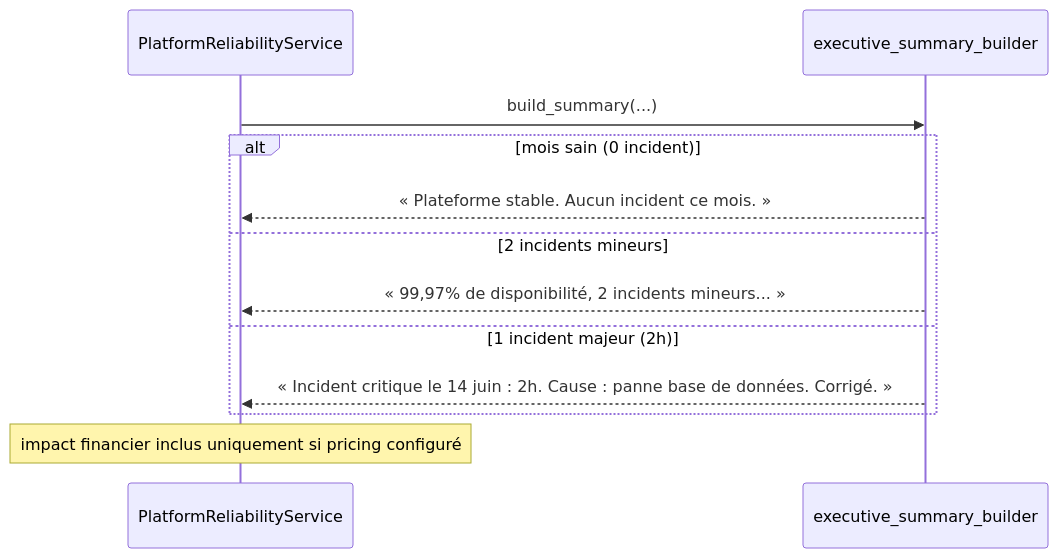
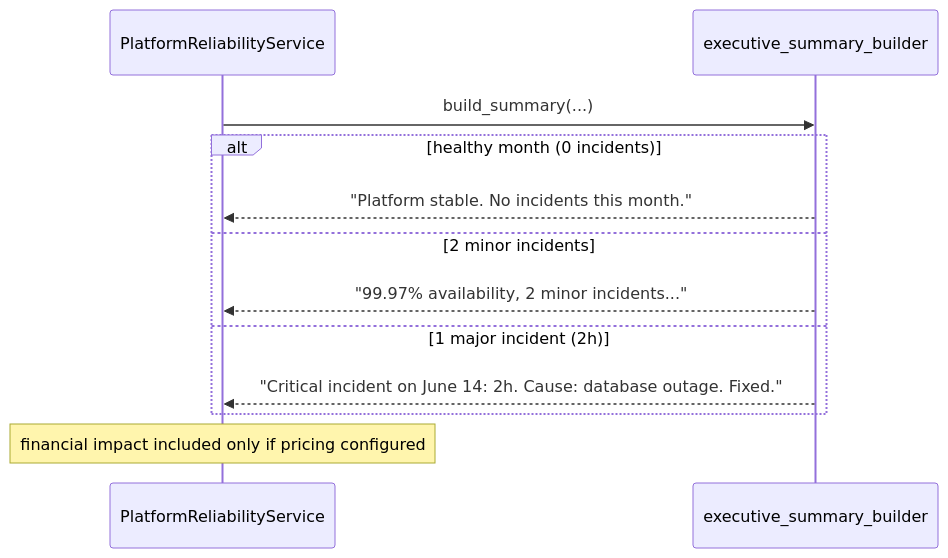
The second of 3 diagrams in docs/use-cases/106-cto-reliability-report.md (hexa-tools/hexawyn), drawn with Mermaid before and after one commit. The commit also changed other lines of this file and 53 other files, not shown here.

Commit message:
chore: refactor diagram

````diff
--- a/docs/use-cases/106-cto-reliability-report.md
+++ b/docs/use-cases/106-cto-reliability-report.md
@@ -54,15 +53,15 @@
 ```mermaid
 sequenceDiagram
     participant Domain as PlatformReliabilityService
     participant Summary as executive_summary_builder
 
     Domain->>Summary: build_summary(...)
-    alt mois sain (0 incident)
-        Summary-->>Domain: « Plateforme stable. Aucun incident ce mois. »
-    else 2 incidents mineurs
-        Summary-->>Domain: « 99,97% de disponibilité, 2 incidents mineurs... »
-    else 1 incident majeur (2h)
-        Summary-->>Domain: « Incident critique le 14 juin : 2h. Cause : panne base de données. Corrigé. »
+    alt healthy month (0 incidents)
+        Summary-->>Domain: "Platform stable. No incidents this month."
+    else 2 minor incidents
+        Summary-->>Domain: "99.97% availability, 2 minor incidents..."
+    else 1 major incident (2h)
+        Summary-->>Domain: "Critical incident on June 14: 2h. Cause: database outage. Fixed."
     end
-    Note over Domain: impact financier inclus uniquement si pricing configuré
+    Note over Domain: financial impact included only if pricing configured
 ```
````
